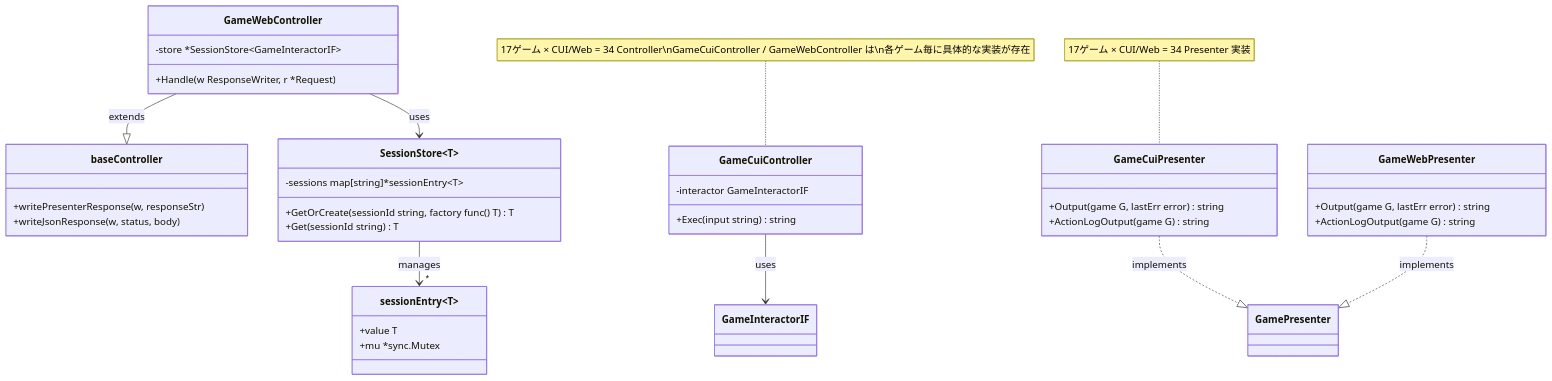
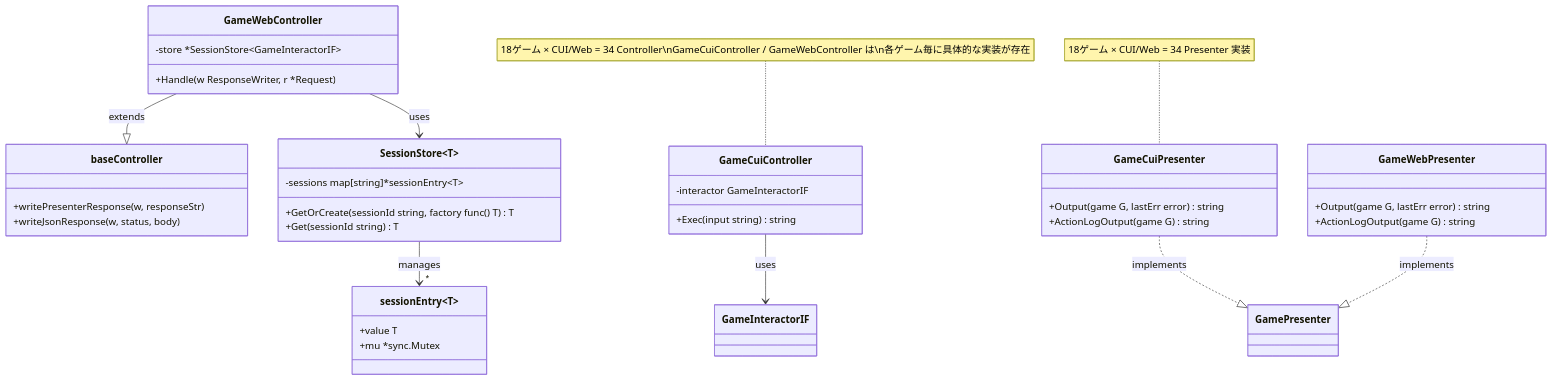
The ninth of 25 diagrams in docs/design/backend.md (yuta-yoshinaga/go_trumpcards), drawn with Mermaid before and after one commit. The commit also changed other lines of this file and 51 other files, not shown here.

````diff
--- a/docs/design/backend.md
+++ b/docs/design/backend.md
@@ -560,48 +590,48 @@
 ```mermaid
 classDiagram
     class baseController {
         +writePresenterResponse(w, responseStr)
         +writeJsonResponse(w, status, body)
     }
 
     class SessionStore~T~ {
         -sessions map[string]*sessionEntry~T~
         +GetOrCreate(sessionId string, factory func() T) T
         +Get(sessionId string) T
     }
 
     class sessionEntry~T~ {
         +value T
         +mu *sync.Mutex
     }
 
     class GameCuiController {
         -interactor GameInteractorIF
         +Exec(input string) string
     }
 
     class GameWebController {
         -store *SessionStore~GameInteractorIF~
         +Handle(w ResponseWriter, r *Request)
     }
 
     class GameCuiPresenter {
         +Output(game G, lastErr error) string
         +ActionLogOutput(game G) string
     }
 
     class GameWebPresenter {
         +Output(game G, lastErr error) string
         +ActionLogOutput(game G) string
     }
 
     GameWebController --|> baseController : extends
     GameWebController --> SessionStore : uses
     SessionStore --> "*" sessionEntry : manages
     GameCuiController --> GameInteractorIF : uses
     GameCuiPresenter ..|> GamePresenter : implements
     GameWebPresenter ..|> GamePresenter : implements
 
-    note for GameCuiController "17ゲーム × CUI/Web = 34 Controller\nGameCuiController / GameWebController は\n各ゲーム毎に具体的な実装が存在"
-    note for GameCuiPresenter "17ゲーム × CUI/Web = 34 Presenter 実装"
+    note for GameCuiController "18ゲーム × CUI/Web = 34 Controller\nGameCuiController / GameWebController は\n各ゲーム毎に具体的な実装が存在"
+    note for GameCuiPresenter "18ゲーム × CUI/Web = 34 Presenter 実装"
 ```
````
